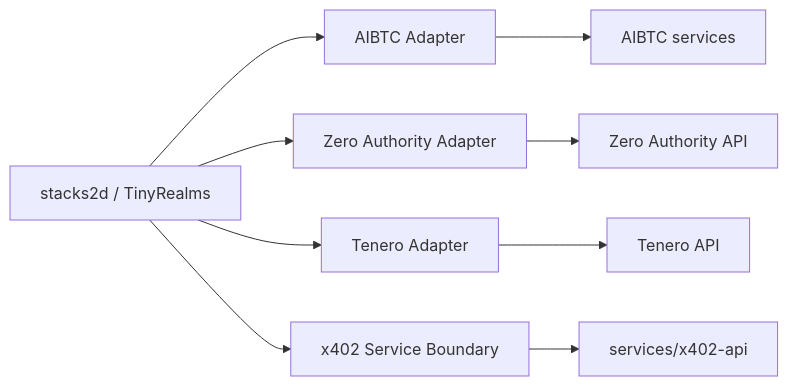
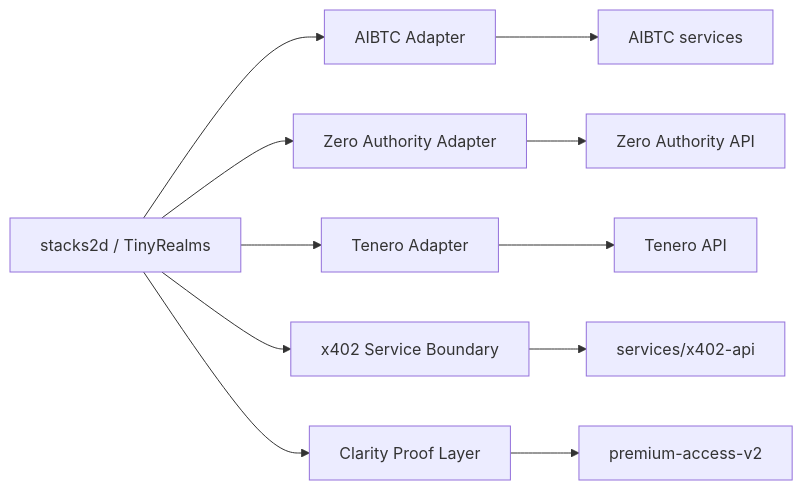
The third of 11 diagrams in docs/Stacks2D-Architecture.md (retroverse404/---stacks2d-dungeons-agents), drawn with Mermaid before and after one commit. The commit also changed other lines of this file and 4 other files, not shown here.

````diff
--- a/docs/Stacks2D-Architecture.md
+++ b/docs/Stacks2D-Architecture.md
@@ -93,11 +99,13 @@
 ```mermaid
 flowchart LR
   G[stacks2d / TinyRealms] --> X[AIBTC Adapter]
   G --> Z[Zero Authority Adapter]
   G --> T[Tenero Adapter]
   G --> P[x402 Service Boundary]
+  G --> C[Clarity Proof Layer]
   X --> AX[AIBTC services]
   Z --> ZX[Zero Authority API]
   T --> TX[Tenero API]
   P --> PX[services/x402-api]
+  C --> CX[premium-access-v2]
 ```
````
